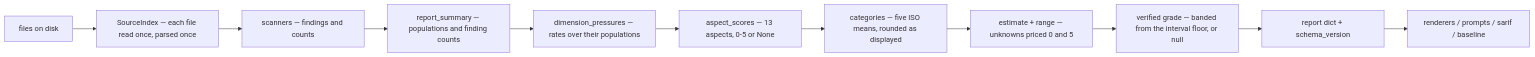
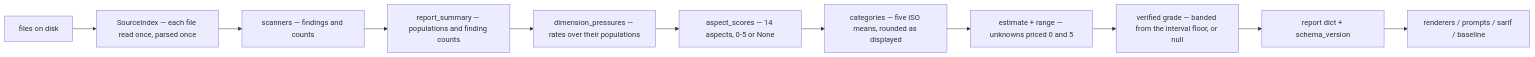
One commit to marshallguillory86/maintainability-agent changed the second of 3 diagrams in docs/architecture.md. Above: the diagram before and after it, drawn with Mermaid. The commit also changed 10 other files, not shown here.

````diff
--- a/docs/architecture.md
+++ b/docs/architecture.md
@@ -195,13 +195,13 @@
 ```mermaid
 flowchart LR
   disk["files on disk"] --> src["SourceIndex — each file read once, parsed once"]
   src --> scan["scanners — findings and counts"]
   scan --> summary["report_summary — populations and finding counts"]
   summary --> pressures["dimension_pressures — rates over their populations"]
-  pressures --> aspects["aspect_scores — 13 aspects, 0-5 or None"]
+  pressures --> aspects["aspect_scores — 14 aspects, 0-5 or None"]
   aspects --> categories["categories — five ISO means, rounded as displayed"]
   categories --> estimate["estimate + range — unknowns priced 0 and 5"]
   estimate --> grade["verified grade — banded from the interval floor, or null"]
   grade --> report["report dict + schema_version"]
   report --> out["renderers / prompts / sarif / baseline"]
 ```
````
